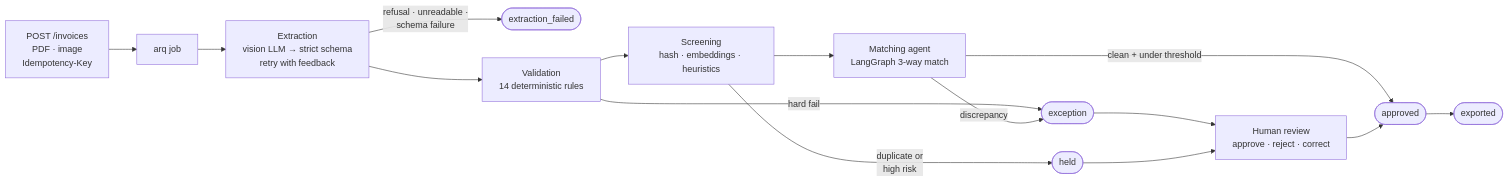
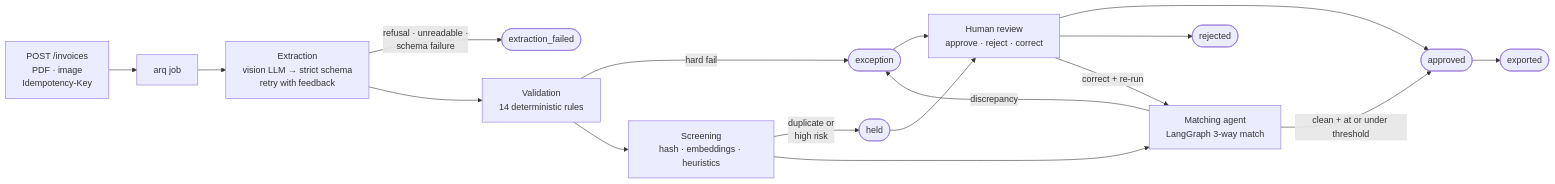
The diagram in README.md (ahmeddyounis/apilot), drawn with Mermaid before and after one commit. The commit also changed other lines of this file and 7 other files, not shown here.

````diff
--- a/README.md
+++ b/README.md
@@ -71,17 +71,19 @@
 ```mermaid
 flowchart LR
     UP[POST /invoices<br/>PDF · image<br/>Idempotency-Key] --> Q[arq job]
     Q --> EX[Extraction<br/>vision LLM → strict schema<br/>retry with feedback]
     EX -->|refusal · unreadable ·<br/>schema failure| EF([extraction_failed])
     EX --> VA[Validation<br/>14 deterministic rules]
     VA -->|hard fail| EXC([exception])
     VA --> SC[Screening<br/>hash · embeddings · heuristics]
     SC -->|duplicate or<br/>high risk| HELD([held])
     SC --> MA[Matching agent<br/>LangGraph 3-way match]
-    MA -->|clean + under threshold| AP([approved])
+    MA -->|clean + at or under threshold| AP([approved])
     MA -->|discrepancy| EXC
     EXC --> RV[Human review<br/>approve · reject · correct]
     HELD --> RV
     RV --> AP
+    RV --> REJ([rejected])
+    RV -->|correct + re-run| MA
     AP --> EXP([exported])
 ```
````
